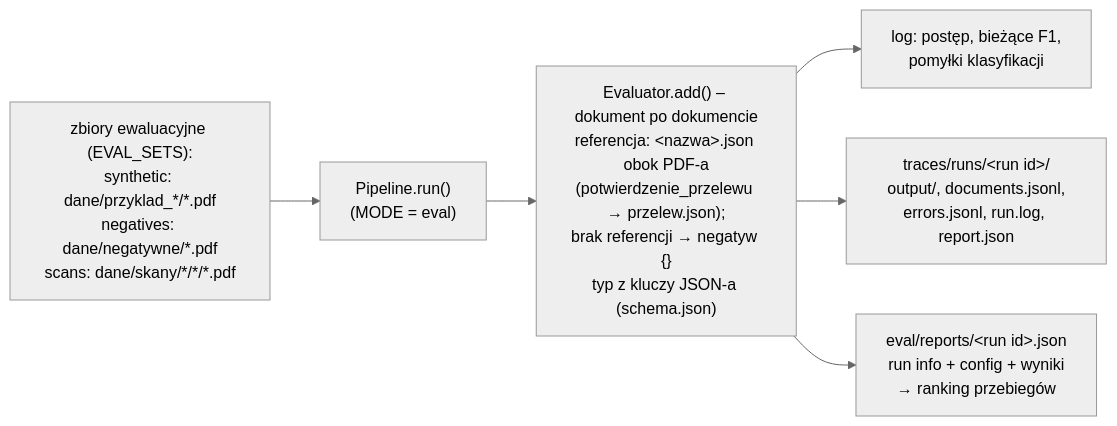
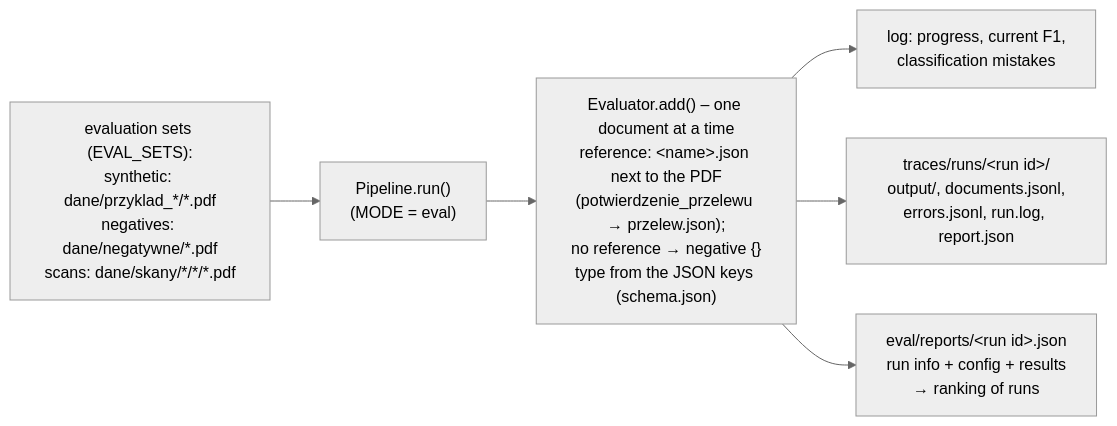
The fifth of 5 diagrams in docs/architecture.md (witold-nowogorski/hacknation--2026), drawn with Mermaid (neutral theme) before and after one commit. The commit also changed other lines of this file and 7 other files, not shown here.

````diff
--- a/docs/architecture.md
+++ b/docs/architecture.md
@@ -240,8 +263,8 @@
 ```mermaid
 flowchart LR
-    D["zbiory ewaluacyjne (EVAL_SETS):<br/>synthetic: dane/przyklad_*/*.pdf<br/>negatives: dane/negatywne/*.pdf<br/>scans: dane/skany/*/*/*.pdf"] --> P["Pipeline.run()<br/>(MODE = eval)"]
-    P --> CMP["Evaluator.add() – dokument po dokumencie<br/>referencja: #lt;nazwa#gt;.json obok PDF-a<br/>(potwierdzenie_przelewu → przelew.json);<br/>brak referencji → negatyw {}<br/>typ z kluczy JSON-a (schema.json)"]
-    CMP --> LOG["log: postęp, bieżące F1,<br/>pomyłki klasyfikacji"]
+    D["evaluation sets (EVAL_SETS):<br/>synthetic: dane/przyklad_*/*.pdf<br/>negatives: dane/negatywne/*.pdf<br/>scans: dane/skany/*/*/*.pdf"] --> P["Pipeline.run()<br/>(MODE = eval)"]
+    P --> CMP["Evaluator.add() – one document at a time<br/>reference: #lt;name#gt;.json next to the PDF<br/>(potwierdzenie_przelewu → przelew.json);<br/>no reference → negative {}<br/>type from the JSON keys (schema.json)"]
+    CMP --> LOG["log: progress, current F1,<br/>classification mistakes"]
     CMP --> RUN["traces/runs/#lt;run id#gt;/<br/>output/, documents.jsonl,<br/>errors.jsonl, run.log, report.json"]
-    CMP --> REP["eval/reports/#lt;run id#gt;.json<br/>run info + config + wyniki<br/>→ ranking przebiegów"]
+    CMP --> REP["eval/reports/#lt;run id#gt;.json<br/>run info + config + results<br/>→ ranking of runs"]
 ```
````
